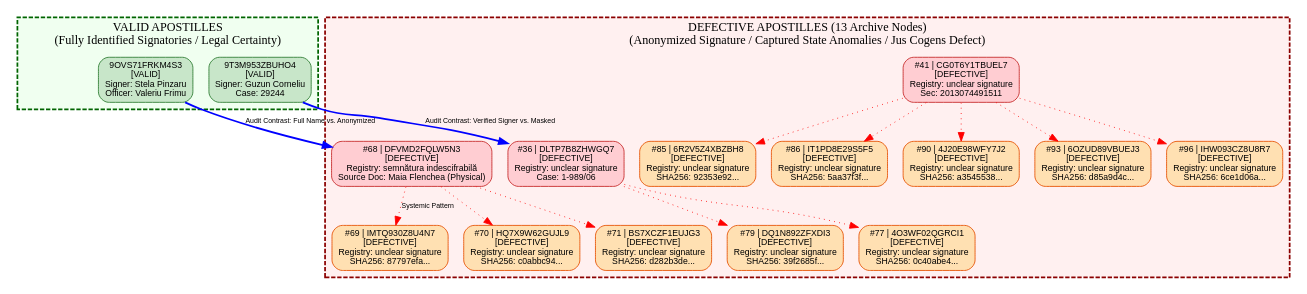
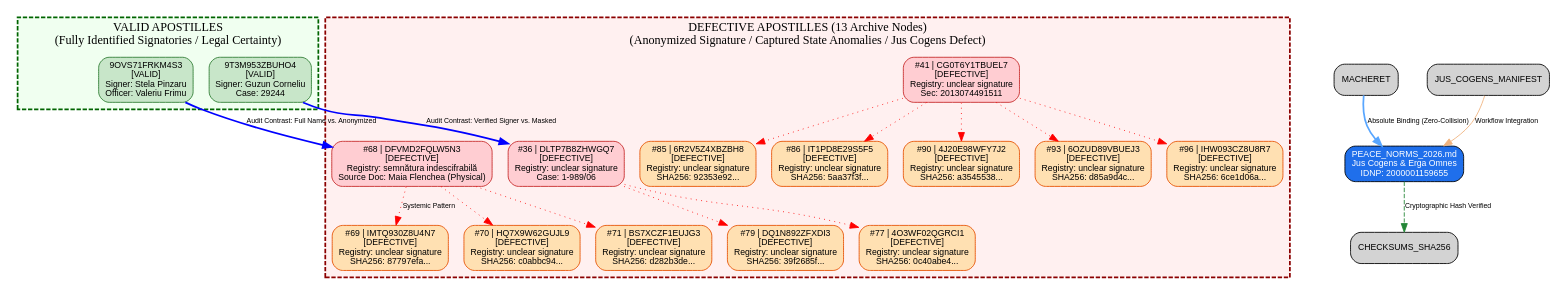
Before and after one commit to arhiv1973b/ACTOR_DEV_ENV: the diagram in 03_GRAPH_GRAPHICS/audit_graph_full.dot, drawn with Graphviz. The commit also changed 5 other files, not shown here.

Commit message:
Anchor PEACE_NORMS_2026.md to dashboard and register SHA-256 cryptographic hash

```diff
--- a/03_GRAPH_GRAPHICS/audit_graph_full.dot
+++ b/03_GRAPH_GRAPHICS/audit_graph_full.dot
@@ -1,65 +1,74 @@
 digraph ApostilleAuditMaster {
     rankdir=TB;
     newrank=true;
     compound=true;
     node [shape=box, style="filled,rounded", fontname="Arial", fontsize=10];
     edge [fontname="Arial", fontsize=8];
 
     # ==========================================
     # VALID NODES (Full Identification Chain)
     # ==========================================
     subgraph cluster_valid {
         label="VALID APOSTILLES\n(Fully Identified Signatories / Legal Certainty)";
         style="dashed,bold";
         color="darkgreen";
         bgcolor="#f0fff0";
 
         VALID_9OVS71FRKM4S3 [label="9OVS71FRKM4S3\n[VALID]\nSigner: Stela Pinzaru\nOfficer: Valeriu Frimu", fillcolor="#c8e6c9", color="#2e7d32"];
         VALID_9T3M953ZBUHO4 [label="9T3M953ZBUHO4\n[VALID]\nSigner: Guzun Corneliu\nCase: 29244", fillcolor="#c8e6c9", color="#2e7d32"];
     }
 
     # ==========================================
     # DEFECTIVE NODES (Captured State / Anonymized)
     # ==========================================
     subgraph cluster_defective {
         label="DEFECTIVE APOSTILLES (13 Archive Nodes)\n(Anonymized Signature / Captured State Anomalies / Jus Cogens Defect)";
         style="dashed,bold";
         color="darkred";
         bgcolor="#fff0f0";
 
         # Primary Exemplars
         DEF_68_DFVMD2FQLW5N3 [label="#68 | DFVMD2FQLW5N3\n[DEFECTIVE]\nRegistry: semnătura indescifrabilă\nSource Doc: Maia Flenchea (Physical)", fillcolor="#ffcdd2", color="#c62828"];
         DEF_36_DLTP7B8ZHWGQ7 [label="#36 | DLTP7B8ZHWGQ7\n[DEFECTIVE]\nRegistry: unclear signature\nCase: 1-989/06", fillcolor="#ffcdd2", color="#c62828"];
         DEF_41_CG0T6Y1TBUEL7 [label="#41 | CG0T6Y1TBUEL7\n[DEFECTIVE]\nRegistry: unclear signature\nSec: 2013074491511", fillcolor="#ffcdd2", color="#c62828"];
 
         # Additional 10 Archive Defective Nodes
         DEF_69_IMTQ930Z8U4N7 [label="#69 | IMTQ930Z8U4N7\n[DEFECTIVE]\nRegistry: unclear signature\nSHA256: 87797efa...", fillcolor="#ffe0b2", color="#e65100"];
         DEF_70_HQ7X9W62GUJL9 [label="#70 | HQ7X9W62GUJL9\n[DEFECTIVE]\nRegistry: unclear signature\nSHA256: c0abbc94...", fillcolor="#ffe0b2", color="#e65100"];
         DEF_71_BS7XCZF1EUJG3 [label="#71 | BS7XCZF1EUJG3\n[DEFECTIVE]\nRegistry: unclear signature\nSHA256: d282b3de...", fillcolor="#ffe0b2", color="#e65100"];
         DEF_77_4O3WF02QGRCI1 [label="#77 | 4O3WF02QGRCI1\n[DEFECTIVE]\nRegistry: unclear signature\nSHA256: 0c40abe4...", fillcolor="#ffe0b2", color="#e65100"];
         DEF_79_DQ1N892ZFXDI3 [label="#79 | DQ1N892ZFXDI3\n[DEFECTIVE]\nRegistry: unclear signature\nSHA256: 39f2685f...", fillcolor="#ffe0b2", color="#e65100"];
         DEF_85_6R2V5Z4XBZBH8 [label="#85 | 6R2V5Z4XBZBH8\n[DEFECTIVE]\nRegistry: unclear signature\nSHA256: 92353e92...", fillcolor="#ffe0b2", color="#e65100"];
         DEF_86_IT1PD8E29S5F5 [label="#86 | IT1PD8E29S5F5\n[DEFECTIVE]\nRegistry: unclear signature\nSHA256: 5aa37f3f...", fillcolor="#ffe0b2", color="#e65100"];
         DEF_90_4J20E98WFY7J2 [label="#90 | 4J20E98WFY7J2\n[DEFECTIVE]\nRegistry: unclear signature\nSHA256: a3545538...", fillcolor="#ffe0b2", color="#e65100"];
         DEF_93_6OZUD89VBUEJ3 [label="#93 | 6OZUD89VBUEJ3\n[DEFECTIVE]\nRegistry: unclear signature\nSHA256: d85a9d4c...", fillcolor="#ffe0b2", color="#e65100"];
         DEF_96_IHW093CZ8U8R7 [label="#96 | IHW093CZ8U8R7\n[DEFECTIVE]\nRegistry: unclear signature\nSHA256: 6ce1d06a...", fillcolor="#ffe0b2", color="#e65100"];
     }
 
     # ==========================================
     # AUDIT RELATIONSHIPS & CONTRADICTIONS
     # ==========================================
     VALID_9OVS71FRKM4S3 -> DEF_68_DFVMD2FQLW5N3 [label="Audit Contrast: Full Name vs. Anonymized", color="blue", style="bold"];
     VALID_9T3M953ZBUHO4 -> DEF_36_DLTP7B8ZHWGQ7 [label="Audit Contrast: Verified Signer vs. Masked", color="blue", style="bold"];
 
     # Shared Structural Defect Cluster Connections
     DEF_68_DFVMD2FQLW5N3 -> DEF_69_IMTQ930Z8U4N7 [style="dotted", color="red", label="Systemic Pattern"];
     DEF_68_DFVMD2FQLW5N3 -> DEF_70_HQ7X9W62GUJL9 [style="dotted", color="red"];
     DEF_68_DFVMD2FQLW5N3 -> DEF_71_BS7XCZF1EUJG3 [style="dotted", color="red"];
     DEF_36_DLTP7B8ZHWGQ7 -> DEF_77_4O3WF02QGRCI1 [style="dotted", color="red"];
     DEF_36_DLTP7B8ZHWGQ7 -> DEF_79_DQ1N892ZFXDI3 [style="dotted", color="red"];
     DEF_41_CG0T6Y1TBUEL7 -> DEF_85_6R2V5Z4XBZBH8 [style="dotted", color="red"];
     DEF_41_CG0T6Y1TBUEL7 -> DEF_86_IT1PD8E29S5F5 [style="dotted", color="red"];
     DEF_41_CG0T6Y1TBUEL7 -> DEF_90_4J20E98WFY7J2 [style="dotted", color="red"];
     DEF_41_CG0T6Y1TBUEL7 -> DEF_93_6OZUD89VBUEJ3 [style="dotted", color="red"];
     DEF_41_CG0T6Y1TBUEL7 -> DEF_96_IHW093CZ8U8R7 [style="dotted", color="red"];
+
+    // === PEACE NORMS ANCHOR ===
+    PEACE_NORMS [label="PEACE_NORMS_2026.md\nJus Cogens & Erga Omnes\nIDNP: 2000001159655", shape=Mrecord, style=filled, fillcolor="#1f6feb", fontcolor="white"];
+    
+    // Векторы связей
+    MACHERET -> PEACE_NORMS [label="Absolute Binding (Zero-Collision)", color="#58a6ff", penwidth=2.0];
+    PEACE_NORMS -> CHECKSUMS_SHA256 [label="Cryptographic Hash Verified", color="#238636", style="dashed"];
+    JUS_COGENS_MANIFEST -> PEACE_NORMS [label="Workflow Integration", color="#f0b37e"];
+
 }
```
